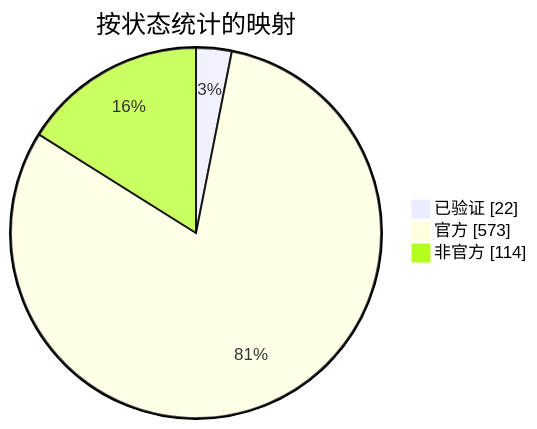
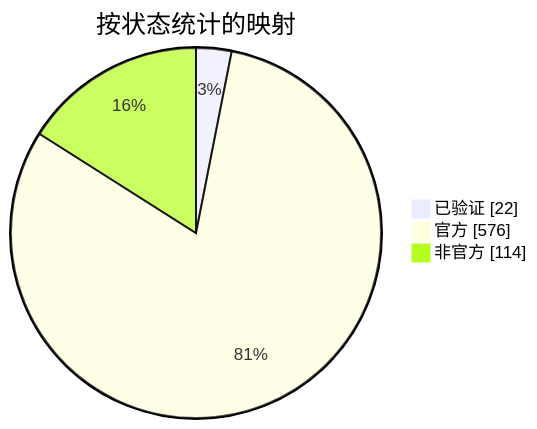
Before and after one commit to nobrega8/mbmap-library: the diagram in docs/readme/README_ZHS.md, drawn with Mermaid. The commit also changed 8 other files, not shown here.

````diff
--- a/docs/readme/README_ZHS.md
+++ b/docs/readme/README_ZHS.md
@@ -54,7 +54,7 @@
 ```mermaid
 pie showData
     title 按状态统计的映射
     "已验证" : 22
-    "官方" : 573
+    "官方" : 576
     "非官方" : 114
 ```
````
